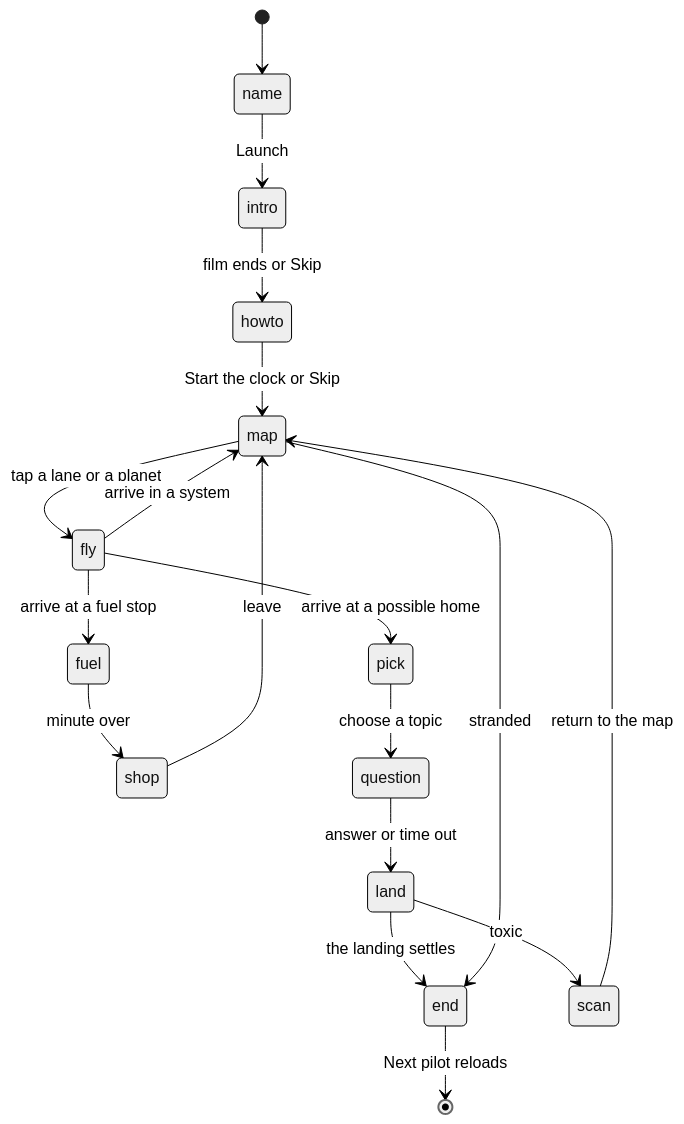
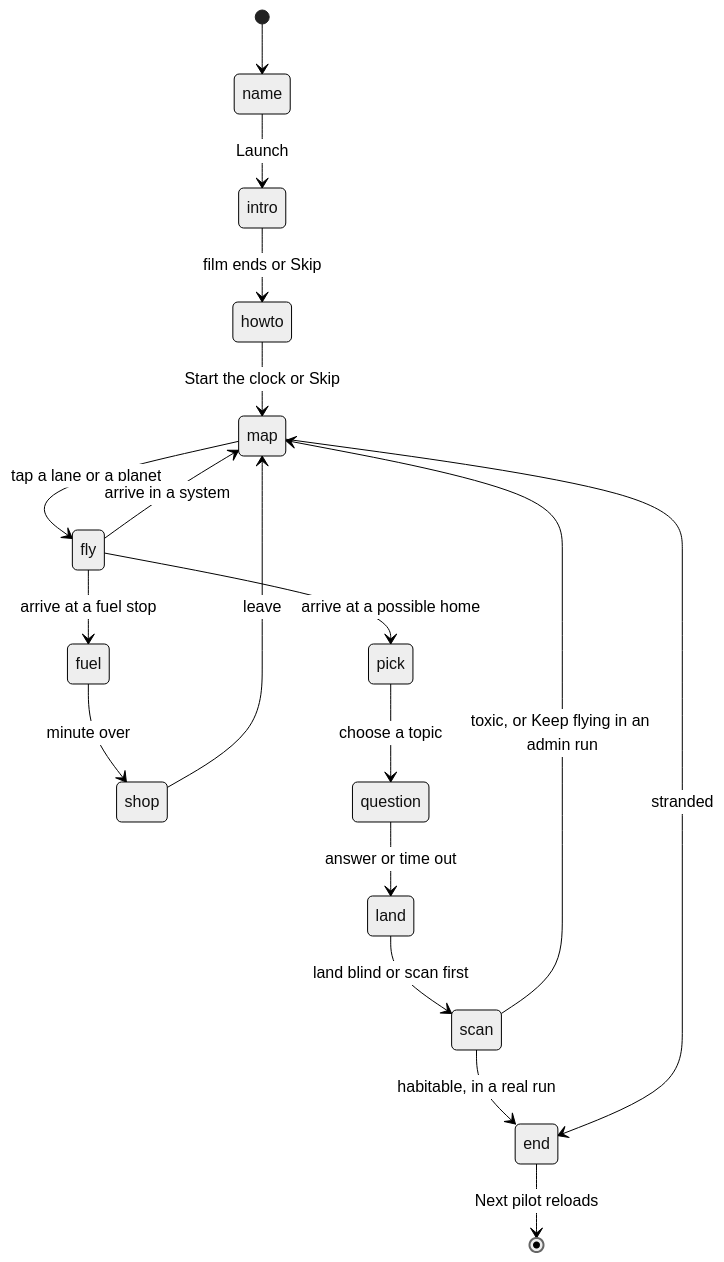
The second of 2 diagrams in docs/how-it-works.md (sriramvanga-cpu/all-alone-in-space), drawn with Mermaid (neutral theme) before and after one commit. The commit also changed other lines of this file and 3 other files, not shown here.

First line of the commit message:
Update the docs for the landing film and the new graphics

````diff
--- a/docs/how-it-works.md
+++ b/docs/how-it-works.md
@@ -74,21 +74,21 @@
 ```mermaid
 stateDiagram-v2
   state "end" as over
   [*] --> name
   name --> intro: Launch
   intro --> howto: film ends or Skip
   howto --> map: Start the clock or Skip
   map --> fly: tap a lane or a planet
   fly --> map: arrive in a system
   fly --> fuel: arrive at a fuel stop
   fly --> pick: arrive at a possible home
   fuel --> shop: minute over
   shop --> map: leave
   pick --> question: choose a topic
   question --> land: answer or time out
-  land --> scan: toxic
-  scan --> map: return to the map
-  land --> over: the landing settles
+  land --> scan: land blind or scan first
+  scan --> over: habitable, in a real run
+  scan --> map: toxic, or Keep flying in an admin run
   map --> over: stranded
   over --> [*]: Next pilot reloads
 ```
````
